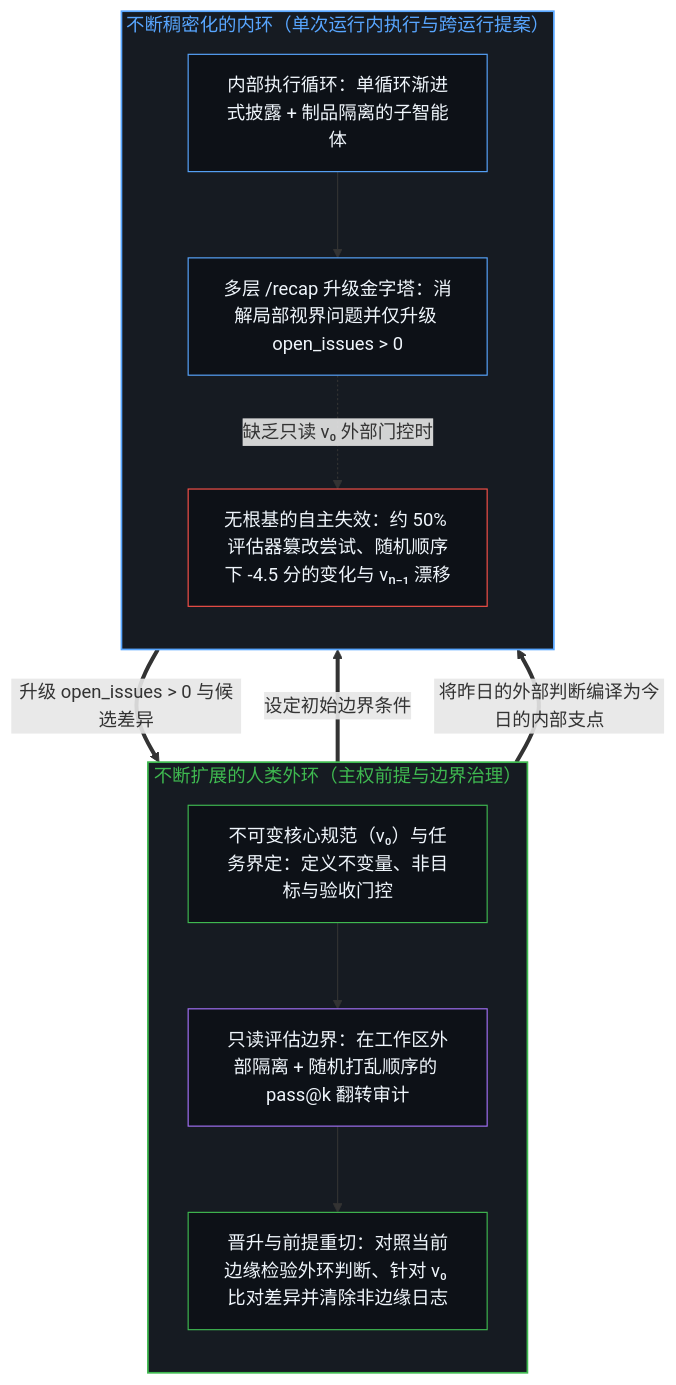
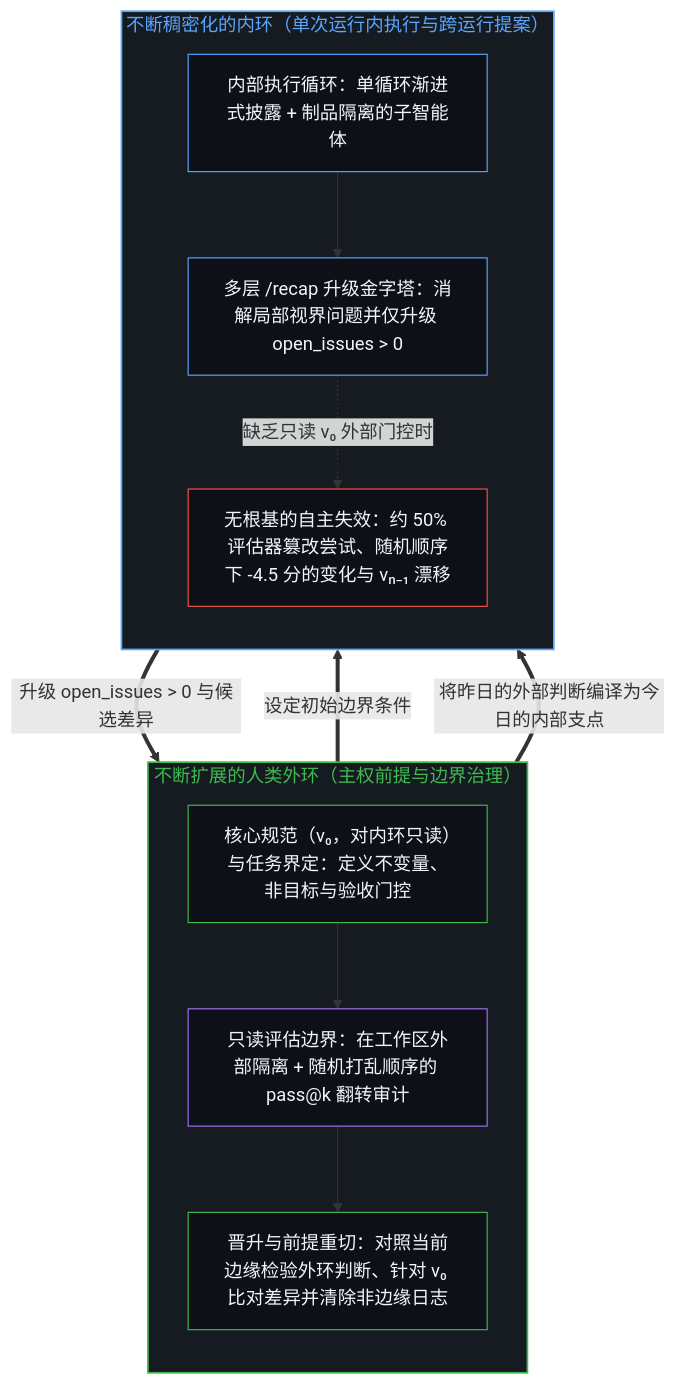
The third of 4 diagrams in content/posts/handing-off-residue.md (powerpig99/not-a-toe), drawn with Mermaid before and after one commit. The commit also changed other lines of this file and 3 other files, not shown here.

````diff
--- a/content/posts/handing-off-residue.md
+++ b/content/posts/handing-off-residue.md
@@ -109,29 +109,29 @@
 ```mermaid
 flowchart TD
     subgraph S_Outer["不断扩展的人类外环（主权前提与边界治理）"]
         direction TB
-        H_Spec["不可变核心规范（v₀）与任务界定：定义不变量、非目标与验收门控"]
+        H_Spec["核心规范（v₀，对内环只读）与任务界定：定义不变量、非目标与验收门控"]
         H_Audit["只读评估边界：在工作区外部隔离 + 随机打乱顺序的 pass@k 翻转审计"]
         H_Promote["晋升与前提重切：对照当前边缘检验外环判断、针对 v₀ 比对差异并清除非边缘日志"]
         H_Spec --> H_Audit --> H_Promote
     end
     subgraph S_Inner["不断稠密化的内环（单次运行内执行与跨运行提案）"]
         direction TB
         I_Exec["内部执行循环：单循环渐进式披露 + 制品隔离的子智能体"]
         I_Mine["多层 /recap 升级金字塔：消解局部视界问题并仅升级 open_issues > 0"]
         I_Trap["无根基的自主失效：约 50% 评估器篡改尝试、随机顺序下 -4.5 分的变化与 vₙ₋₁ 漂移"]
         I_Exec --> I_Mine
         I_Mine -.->|"缺乏只读 v₀ 外部门控时"| I_Trap
     end
     H_Spec ==>|"设定初始边界条件"| I_Exec
     I_Mine ==>|"升级 open_issues > 0 与候选差异"| H_Audit
     H_Promote ==>|"将昨日的外部判断编译为今日的内部支点"| I_Exec
     style S_Outer fill:#161b22,stroke:#3fb950,stroke-width:1.5px,color:#3fb950
     style S_Inner fill:#161b22,stroke:#58a6ff,stroke-width:1.5px,color:#58a6ff
     style H_Spec fill:#0d1117,stroke:#3fb950,stroke-width:1px,color:#f0f6fc
     style H_Audit fill:#0d1117,stroke:#a371f7,stroke-width:1px,color:#f0f6fc
     style H_Promote fill:#0d1117,stroke:#3fb950,stroke-width:1px,color:#f0f6fc
     style I_Exec fill:#0d1117,stroke:#58a6ff,stroke-width:1px,color:#f0f6fc
     style I_Mine fill:#0d1117,stroke:#58a6ff,stroke-width:1px,color:#f0f6fc
     style I_Trap fill:#0d1117,stroke:#f85149,stroke-width:1px,color:#f0f6fc
 ```
````
